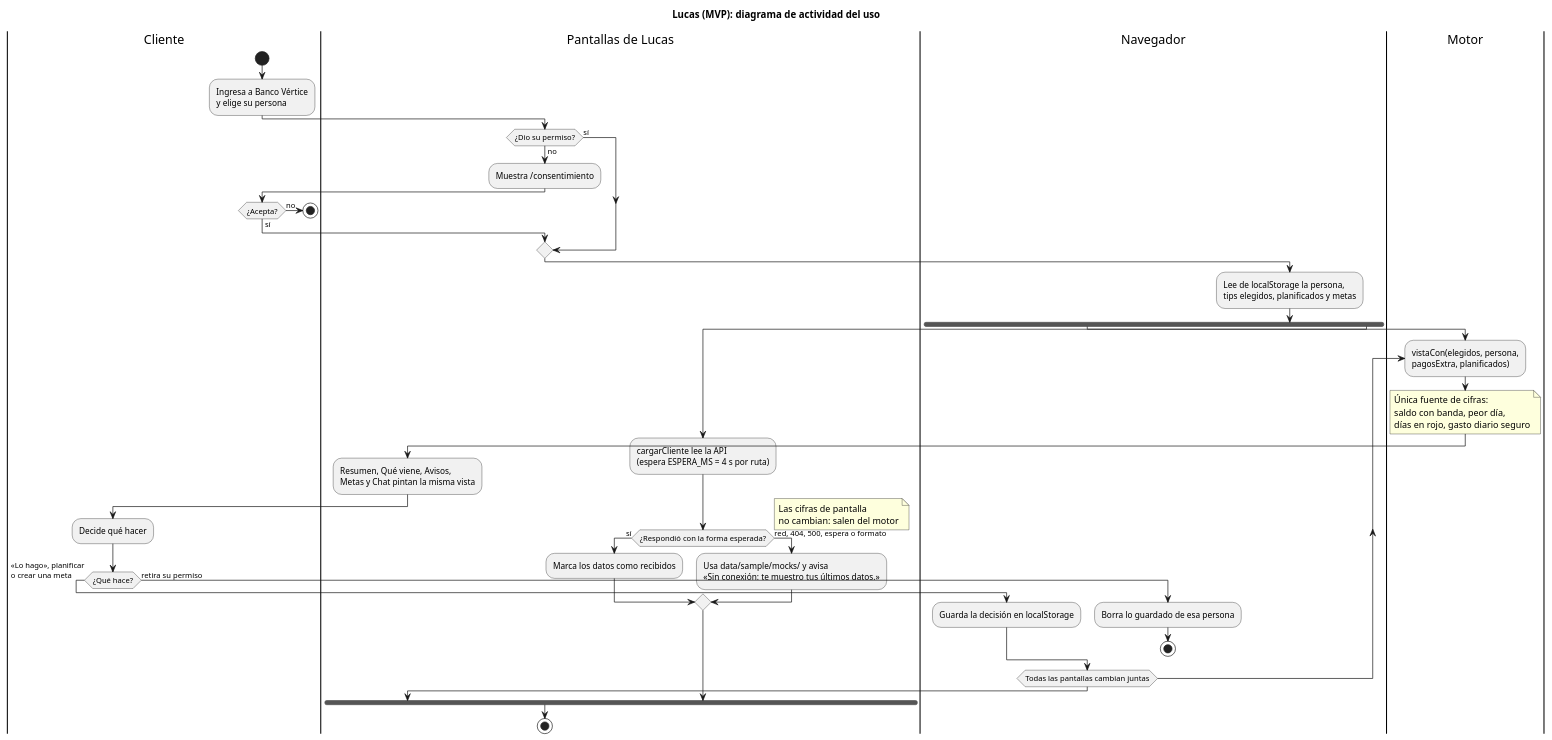
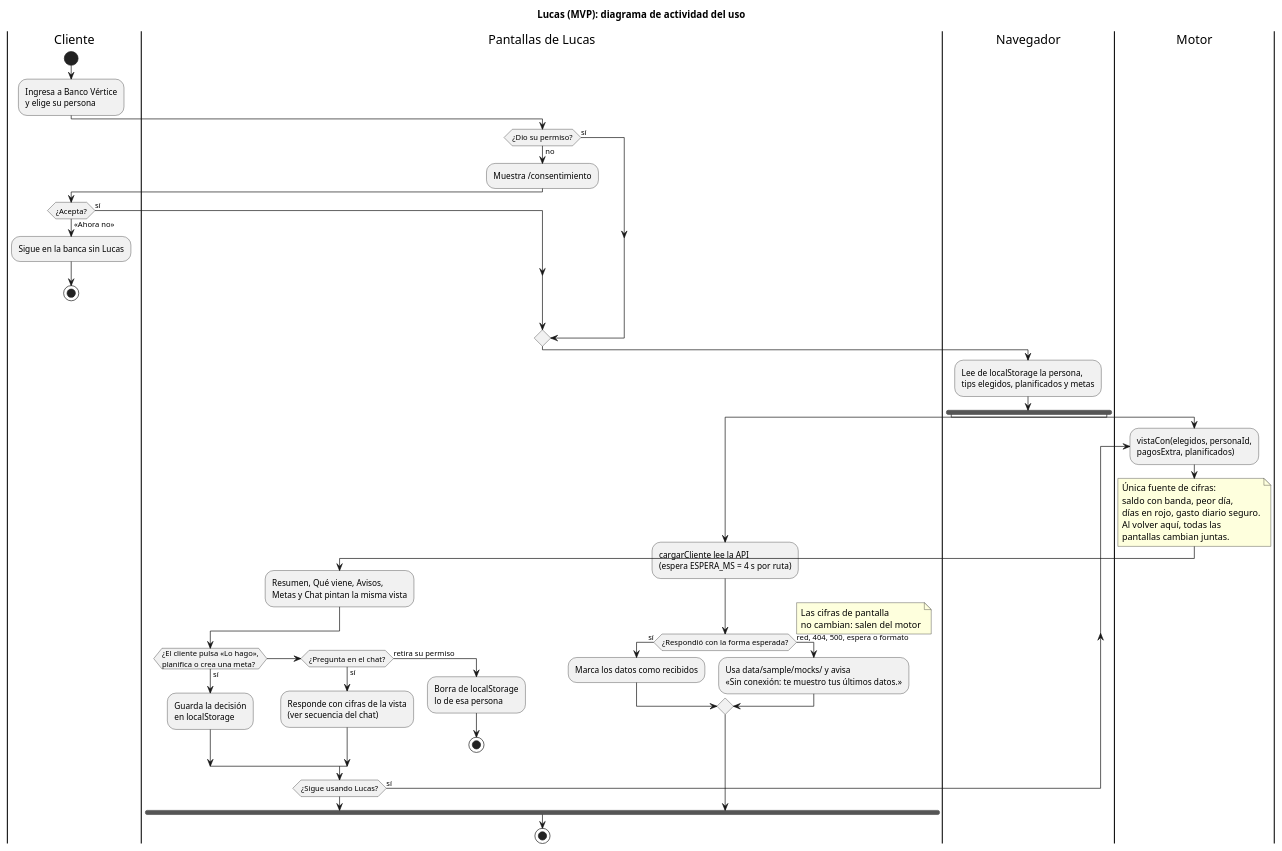
One commit to Nakusuo/Hackathon-BBVA-2026 changed the diagram in docs/diagramas/procesos.puml. Above: the diagram before and after it, drawn with PlantUML. The commit also changed 7 other files, not shown here.

Commit message:
docs(arq): diagramas UML fieles al grafo del agente, SVG exportados y veredicto

```diff
--- a/docs/diagramas/procesos.puml
+++ b/docs/diagramas/procesos.puml
@@ -2,60 +2,61 @@
 @startuml procesos
 !pragma layout smetana
 
 title Lucas (MVP): diagrama de actividad del uso
 
 |Cliente|
 start
 :Ingresa a Banco Vértice\ny elige su persona;
 
 |Pantallas de Lucas|
 if (¿Dio su permiso?) then (no)
   :Muestra /consentimiento;
   |Cliente|
-  if (¿Acepta?) then (no)
+  if (¿Acepta?) then («Ahora no»)
+    :Sigue en la banca sin Lucas;
     stop
   else (sí)
   endif
 else (sí)
 endif
 
 |Navegador|
 :Lee de localStorage la persona,\ntips elegidos, planificados y metas;
 
 fork
   |Motor|
-  repeat :vistaCon(elegidos, persona,\npagosExtra, planificados);
+  repeat :vistaCon(elegidos, personaId,\npagosExtra, planificados);
     note right
       Única fuente de cifras:
       saldo con banda, peor día,
-      días en rojo, gasto diario seguro
+      días en rojo, gasto diario seguro.
+      Al volver aquí, todas las
+      pantallas cambian juntas.
     end note
     |Pantallas de Lucas|
     :Resumen, Qué viene, Avisos,\nMetas y Chat pintan la misma vista;
-    |Cliente|
-    :Decide qué hacer;
-    if (¿Qué hace?) then («Lo hago», planificar\no crear una meta)
-      |Navegador|
-      :Guarda la decisión en localStorage;
+    if (¿El cliente pulsa «Lo hago»,\nplanifica o crea una meta?) then (sí)
+      :Guarda la decisión\nen localStorage;
+    elseif (¿Pregunta en el chat?) then (sí)
+      :Responde con cifras de la vista\n(ver secuencia del chat);
     else (retira su permiso)
-      |Navegador|
-      :Borra lo guardado de esa persona;
+      :Borra de localStorage\nlo de esa persona;
       stop
     endif
-  repeat while (Todas las pantallas cambian juntas)
+  repeat while (¿Sigue usando Lucas?) is (sí)
 fork again
   |Pantallas de Lucas|
   :cargarCliente lee la API\n(espera ESPERA_MS = 4 s por ruta);
   if (¿Respondió con la forma esperada?) then (sí)
     :Marca los datos como recibidos;
   else (red, 404, 500, espera o formato)
     :Usa data/sample/mocks/ y avisa\n«Sin conexión: te muestro tus últimos datos.»;
   endif
   note right
     Las cifras de pantalla
     no cambian: salen del motor
   end note
 end fork
 stop
 
 @enduml
```
